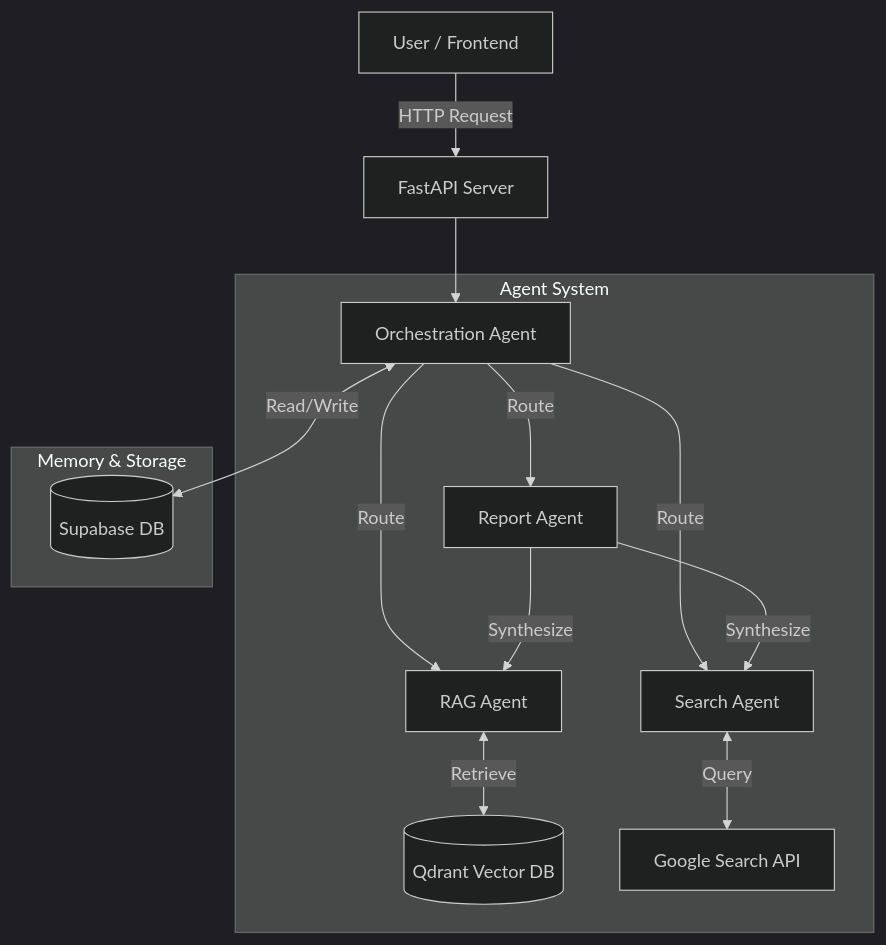
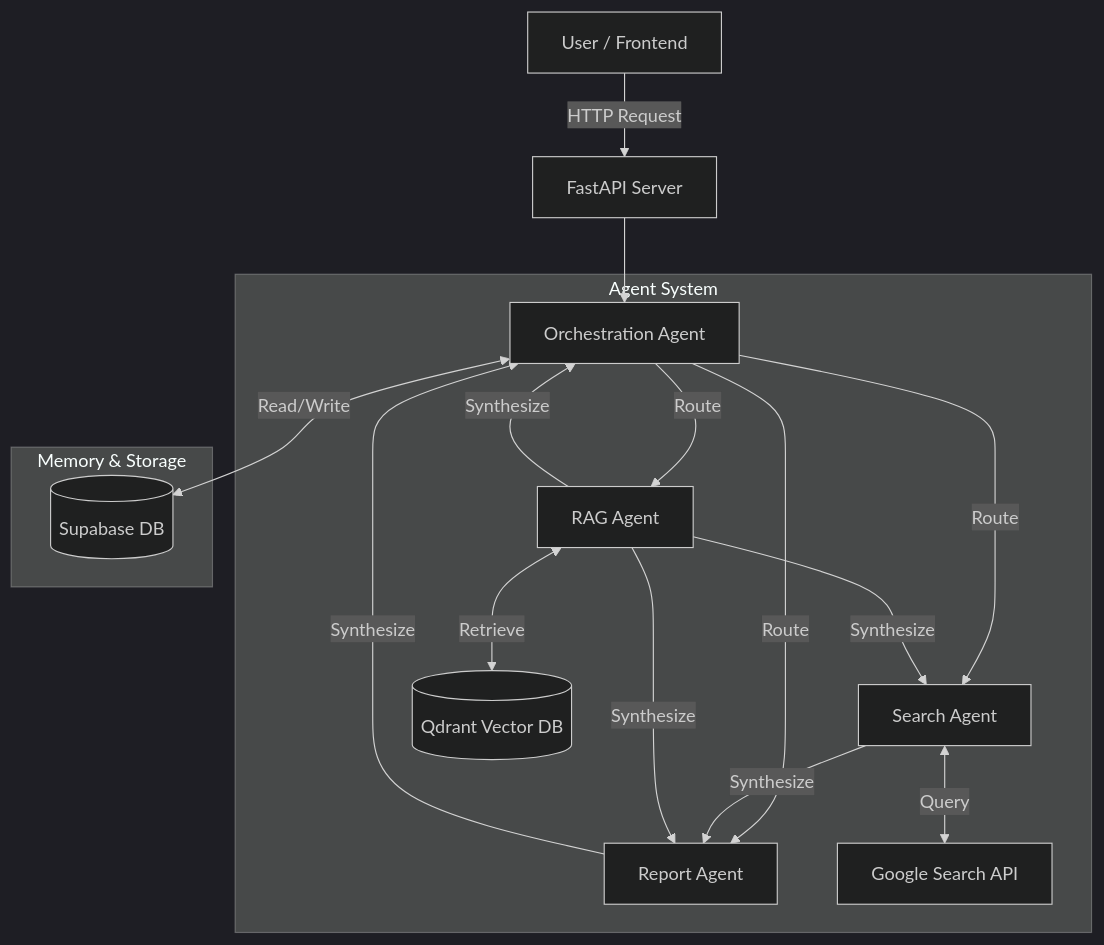
Before and after one commit to hieu-is-coding/AgentsMedChat: the diagram in README.md, drawn with Mermaid (dark theme). The commit also changed 1 other file, not shown here.

````diff
--- a/README.md
+++ b/README.md
@@ -11,19 +11,21 @@
 ```mermaid
 graph TD
     User[User / Frontend] -->|HTTP Request| API[FastAPI Server]
     API --> Orch[Orchestration Agent]
     
     subgraph "Agent System"
         Orch -->|Route| RAG[RAG Agent]
         Orch -->|Route| Search[Search Agent]
         Orch -->|Route| Report[Report Agent]
         
         RAG <-->|Retrieve| Qdrant[(Qdrant Vector DB)]
+        RAG -->|Synthesize| Orch & Search
         Search <-->|Query| Google[Google Search API]
-        Report -->|Synthesize| RAG & Search
+        Search & RAG -->|Synthesize| Report
+        Report -->|Synthesize| Orch
     end
     
     subgraph "Memory & Storage"
         Orch <-->|Read/Write| Supabase[(Supabase DB)]
     end
 ```
````
